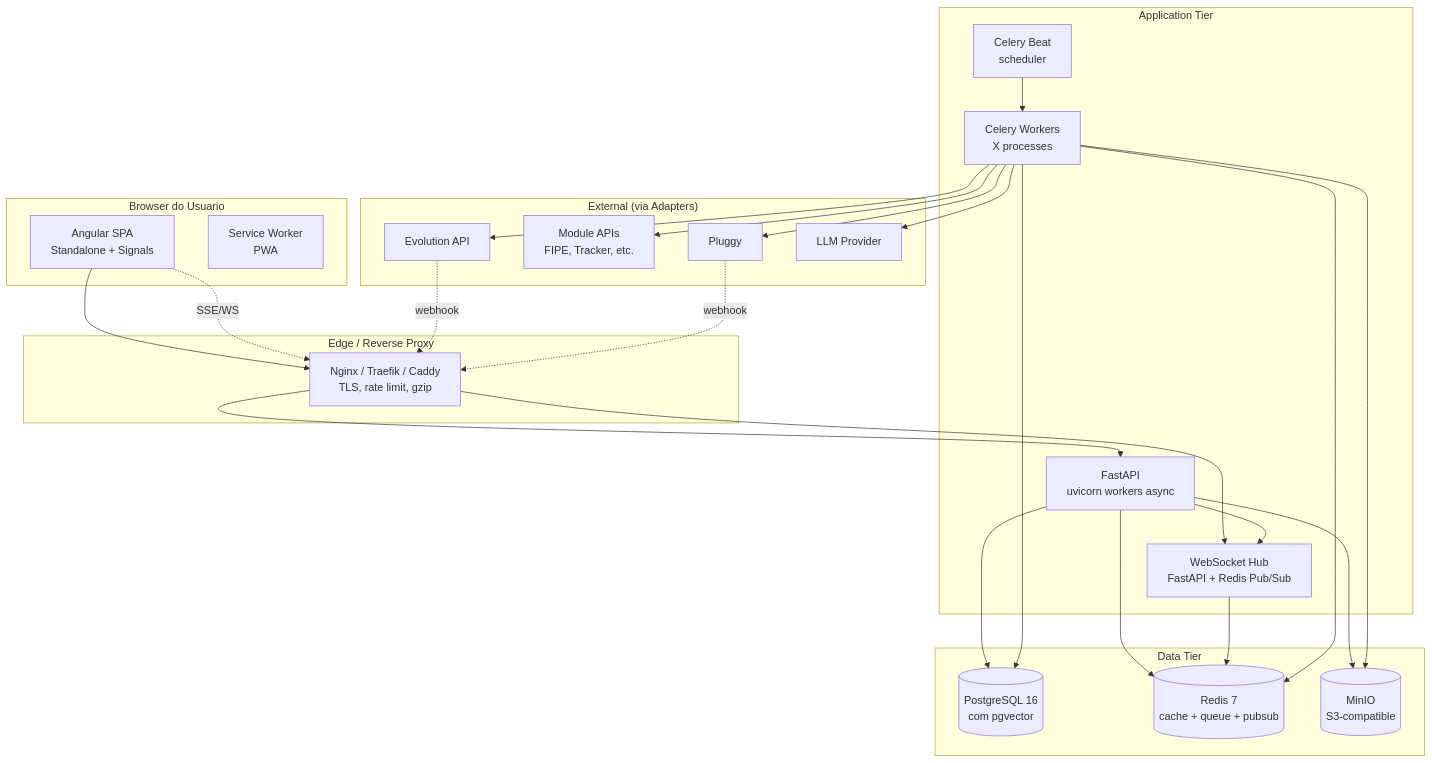
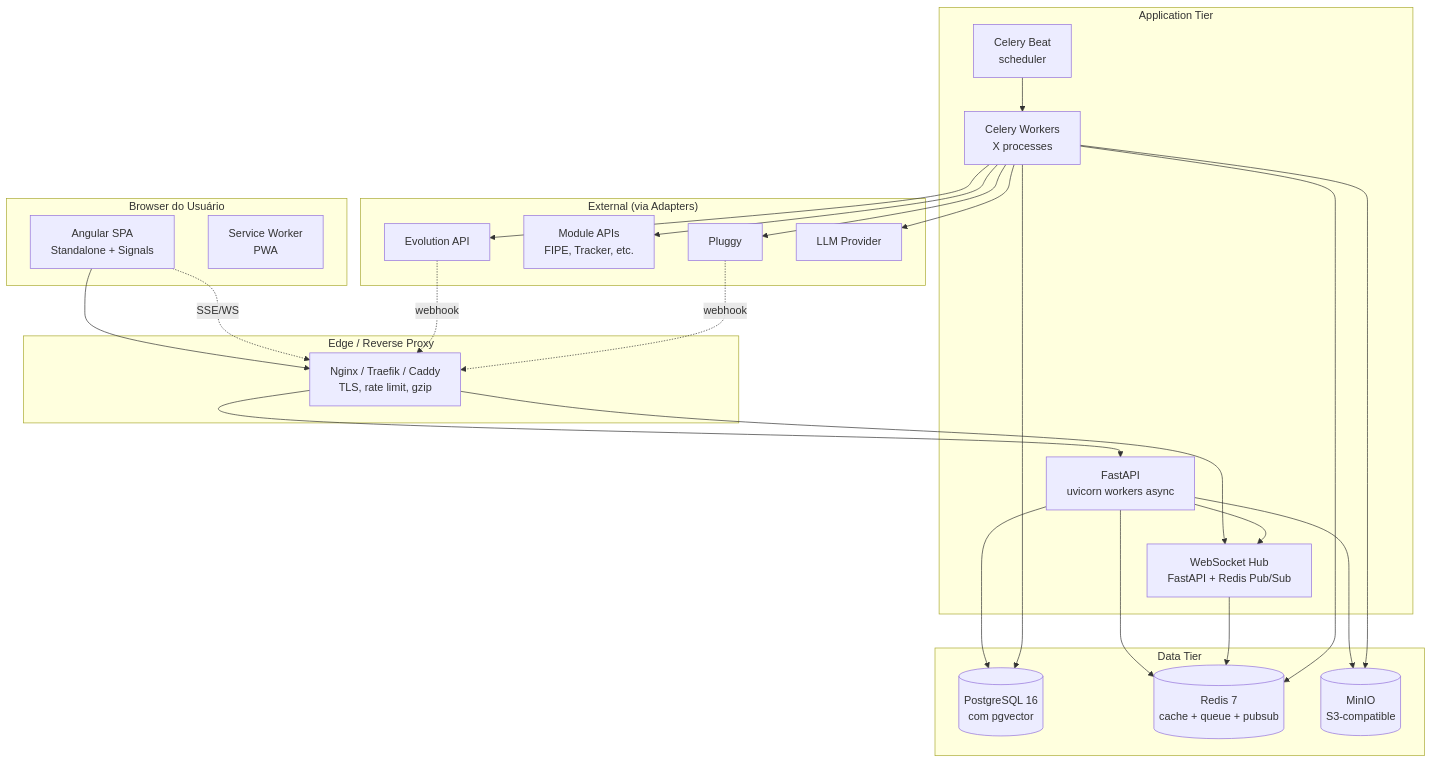
Before and after one commit to psoliveira80/pagarpro: the second of 13 diagrams in _bmad-output/planning-artifacts/ARCHITECTURE.md, drawn with Mermaid. The commit also changed other lines of this file and 18 other files, not shown here.

First line of the commit message:
docs: Story 12.9 — traducao PT-BR de PRD, ARCHITECTURE, epics e stories Epic 10/11

````diff
--- a/_bmad-output/planning-artifacts/ARCHITECTURE.md
+++ b/_bmad-output/planning-artifacts/ARCHITECTURE.md
@@ -122,51 +122,51 @@
 ```mermaid
 flowchart TB
-    subgraph Browser["Browser do Usuario"]
+    subgraph Browser["Browser do Usuário"]
         SPA[Angular SPA<br/>Standalone + Signals]
         SW[Service Worker<br/>PWA]
     end
 
     subgraph Edge["Edge / Reverse Proxy"]
         NG[Nginx / Traefik / Caddy<br/>TLS, rate limit, gzip]
     end
 
     subgraph App["Application Tier"]
         API[FastAPI<br/>uvicorn workers async]
         WS[WebSocket Hub<br/>FastAPI + Redis Pub/Sub]
         BEAT[Celery Beat<br/>scheduler]
         WORK[Celery Workers<br/>X processes]
     end
 
     subgraph Data["Data Tier"]
         PG[(PostgreSQL 16<br/>com pgvector)]
         RD[(Redis 7<br/>cache + queue + pubsub)]
         MN[(MinIO<br/>S3-compatible)]
     end
 
     subgraph Adapters["External (via Adapters)"]
         EV[Evolution API]
         MAPI[Module APIs<br/>FIPE, Tracker, etc.]
         OF[Pluggy]
         LL[LLM Provider]
     end
 
     SPA --> NG
     NG --> API
     NG --> WS
     SPA -.SSE/WS.-> NG
     API --> PG
     API --> RD
     API --> MN
     API --> WS
     WS --> RD
     BEAT --> WORK
     WORK --> PG
     WORK --> RD
     WORK --> MN
     WORK --> EV
     WORK --> MAPI
     WORK --> OF
     WORK --> LL
     EV -.webhook.-> NG
     OF -.webhook.-> NG
 ```
````
